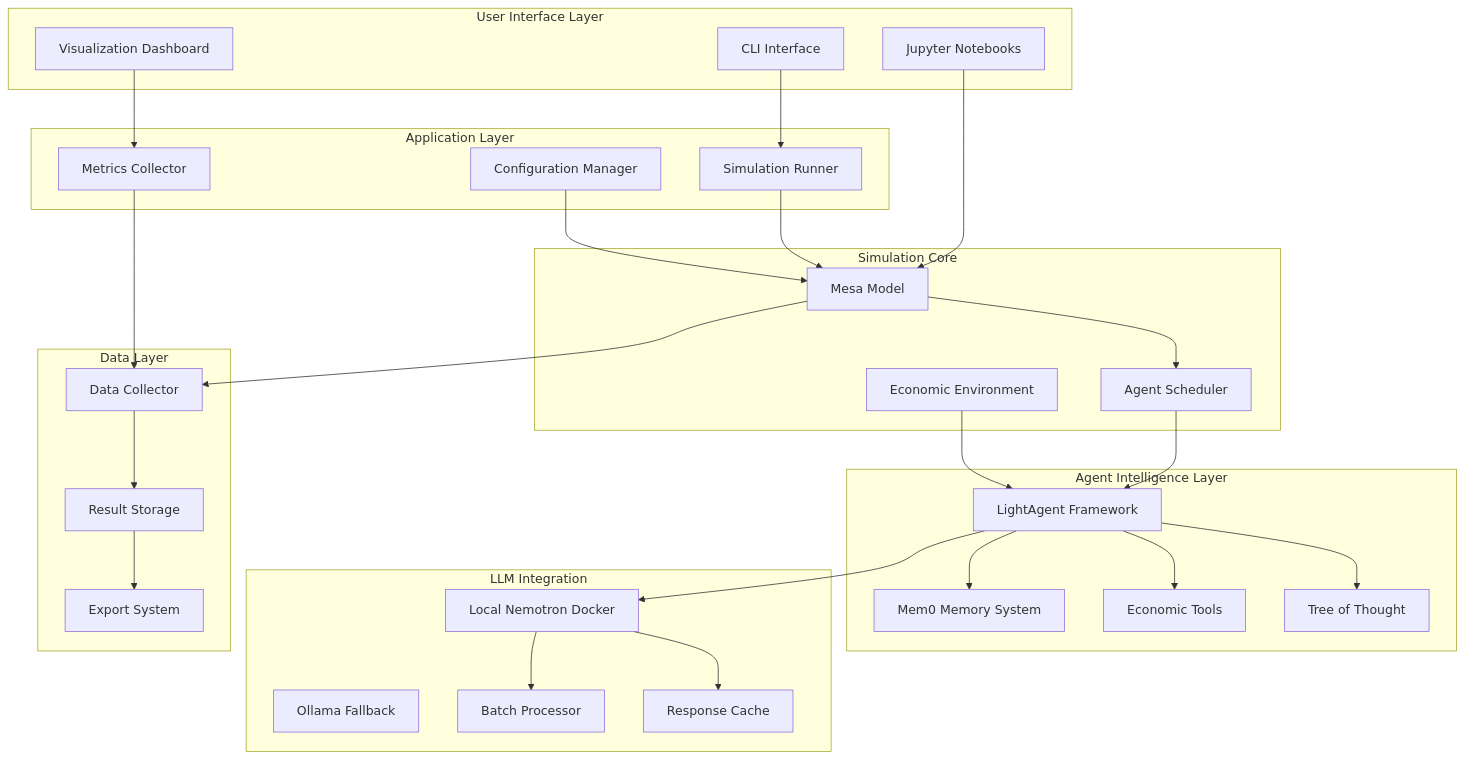
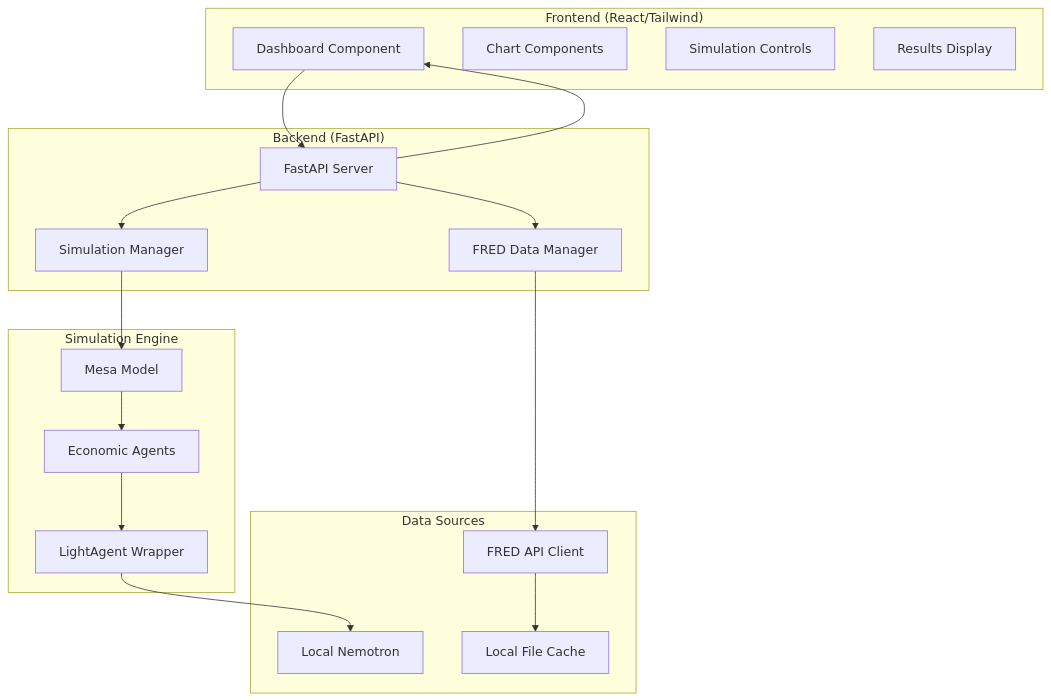
Before and after one commit to Nelumbium-Capital/ACL24-EconAgent: the diagram in .kiro/specs/econagent-light-system/design.md, drawn with Mermaid. The commit also changed other lines of this file and 60 other files, not shown here.

Commit message:
v2 in react and with FRED data

````diff
--- a/.kiro/specs/econagent-light-system/design.md
+++ b/.kiro/specs/econagent-light-system/design.md
@@ -20,64 +25,41 @@
 ```mermaid
 graph TB
-    subgraph "User Interface Layer"
-        CLI[CLI Interface]
-        VIZ[Visualization Dashboard]
-        NOTEBOOKS[Jupyter Notebooks]
+    subgraph "Frontend (React/Tailwind)"
+        DASHBOARD[Dashboard Component]
+        CHARTS[Chart Components]
+        CONTROLS[Simulation Controls]
+        RESULTS[Results Display]
     end
     
-    subgraph "Application Layer"
-        RUNNER[Simulation Runner]
-        CONFIG[Configuration Manager]
-        METRICS[Metrics Collector]
+    subgraph "Backend (FastAPI)"
+        API[FastAPI Server]
+        SIMMANAGER[Simulation Manager]
+        FREDMANAGER[FRED Data Manager]
     end
     
-    subgraph "Simulation Core"
+    subgraph "Simulation Engine"
         MESA[Mesa Model]
-        SCHEDULER[Agent Scheduler]
-        ENV[Economic Environment]
+        AGENTS[Economic Agents]
+        LIGHTAGENT[LightAgent Wrapper]
     end
     
-    subgraph "Agent Intelligence Layer"
-        LIGHTAGENT[LightAgent Framework]
-        MEMORY[Mem0 Memory System]
-        TOOLS[Economic Tools]
-        TOT[Tree of Thought]
+    subgraph "Data Sources"
+        FRED[FRED API Client]
+        NEMOTRON[Local Nemotron]
+        CACHE[Local File Cache]
     end
     
-    subgraph "LLM Integration"
-        NEMOTRON[Local Nemotron Docker]
-        OLLAMA[Ollama Fallback]
-        BATCH[Batch Processor]
-        CACHE[Response Cache]
-    end
+    DASHBOARD --> API
+    API --> SIMMANAGER
+    API --> FREDMANAGER
     
-    subgraph "Data Layer"
-        COLLECTOR[Data Collector]
-        STORAGE[Result Storage]
-        EXPORT[Export System]
-    end
+    SIMMANAGER --> MESA
+    MESA --> AGENTS
+    AGENTS --> LIGHTAGENT
     
-    CLI --> RUNNER
-    VIZ --> METRICS
-    NOTEBOOKS --> MESA
+    LIGHTAGENT --> NEMOTRON
+    FREDMANAGER --> FRED
+    FRED --> CACHE
     
-    RUNNER --> MESA
-    CONFIG --> MESA
-    METRICS --> COLLECTOR
-    
-    MESA --> SCHEDULER
-    SCHEDULER --> LIGHTAGENT
-    ENV --> LIGHTAGENT
-    
-    LIGHTAGENT --> MEMORY
-    LIGHTAGENT --> TOOLS
-    LIGHTAGENT --> TOT
-    LIGHTAGENT --> NEMOTRON
-    
-    NEMOTRON --> BATCH
-    NEMOTRON --> CACHE
-    
-    MESA --> COLLECTOR
-    COLLECTOR --> STORAGE
-    STORAGE --> EXPORT
+    API --> DASHBOARD
 ```
````
